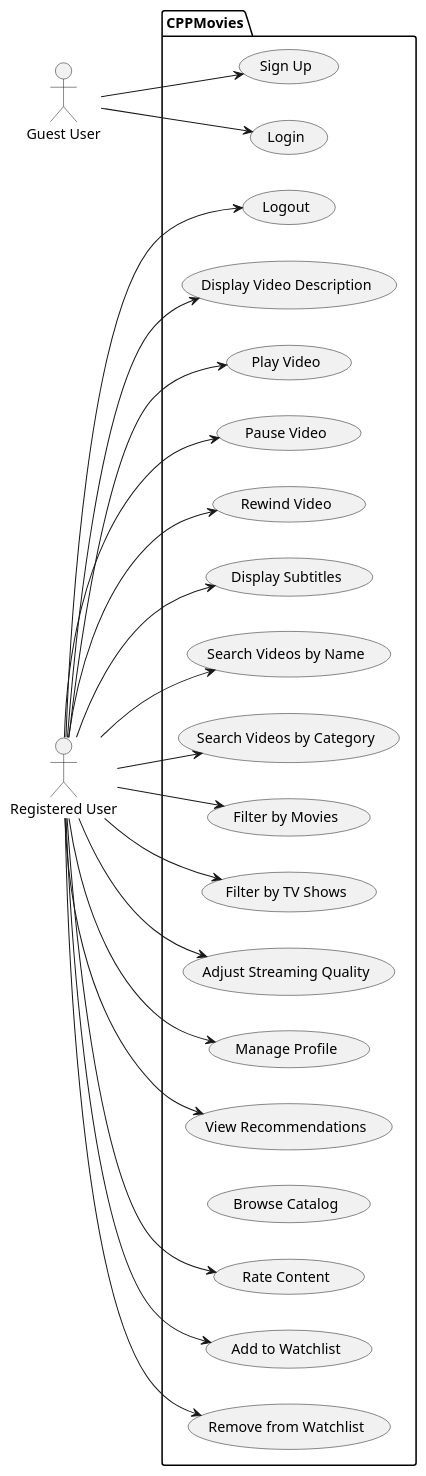
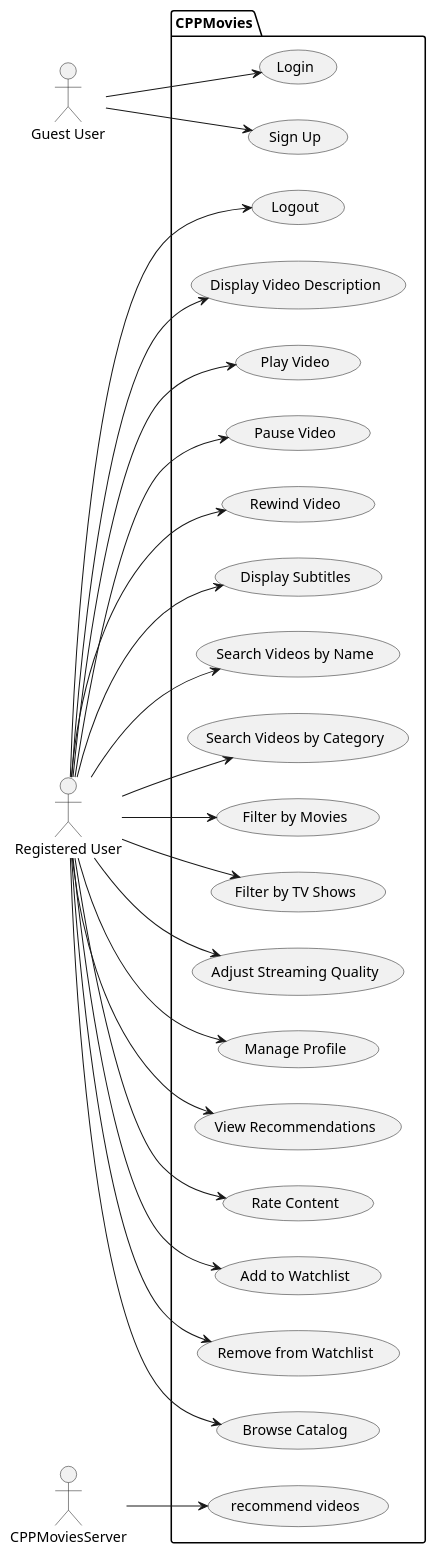
Before and after one commit to cyberdremer/CS4800FinalProject: the diagram in src/main/java/org/part2/UseCaseDiagram.puml, drawn with PlantUML. The commit also changed 2 other files, not shown here.

Commit message:
updated diagrams

```diff
--- a/src/main/java/org/part2/UseCaseDiagram.puml
+++ b/src/main/java/org/part2/UseCaseDiagram.puml
@@ -1,49 +1,53 @@
 @startuml
 'https://plantuml.com/use-case-diagram
 left to right direction
 actor Guest as "Guest User"
 actor User as "Registered User"
+actor System as "CPPMoviesServer"
 
 package "CPPMovies"{
     (Display Video Description)
     (Play Video)
     (Pause Video)
     (Rewind Video)
     (Display Subtitles)
     (Search Videos by Name)
     (Search Videos by Category)
     (Filter by Movies)
     (Filter by TV Shows)
     (Adjust Streaming Quality)
     (Manage Profile)
     (View Recommendations)
     (Rate Content)
     (Add to Watchlist)
     (Remove from Watchlist)
     (Browse Catalog)
     (Login)
     (Sign Up)
     (Logout)
+    (recommend videos)
 }
 
 User --> (Display Video Description)
 User --> (Play Video)
 User --> (Pause Video)
 User --> (Rewind Video)
 User --> (Display Subtitles)
 User --> (Search Videos by Name)
 User --> (Search Videos by Category)
 User --> (Filter by Movies)
 User --> (Filter by TV Shows)
 User --> (Adjust Streaming Quality)
 User --> (Manage Profile)
 User --> (View Recommendations)
 User --> (Rate Content)
 User --> (Add to Watchlist)
 User --> (Remove from Watchlist)
 User --> (Logout)
+User --> (Browse Catalog)
 
 Guest --> (Login)
 Guest --> (Sign Up)
 
+System --> (recommend videos)
 @enduml
```
